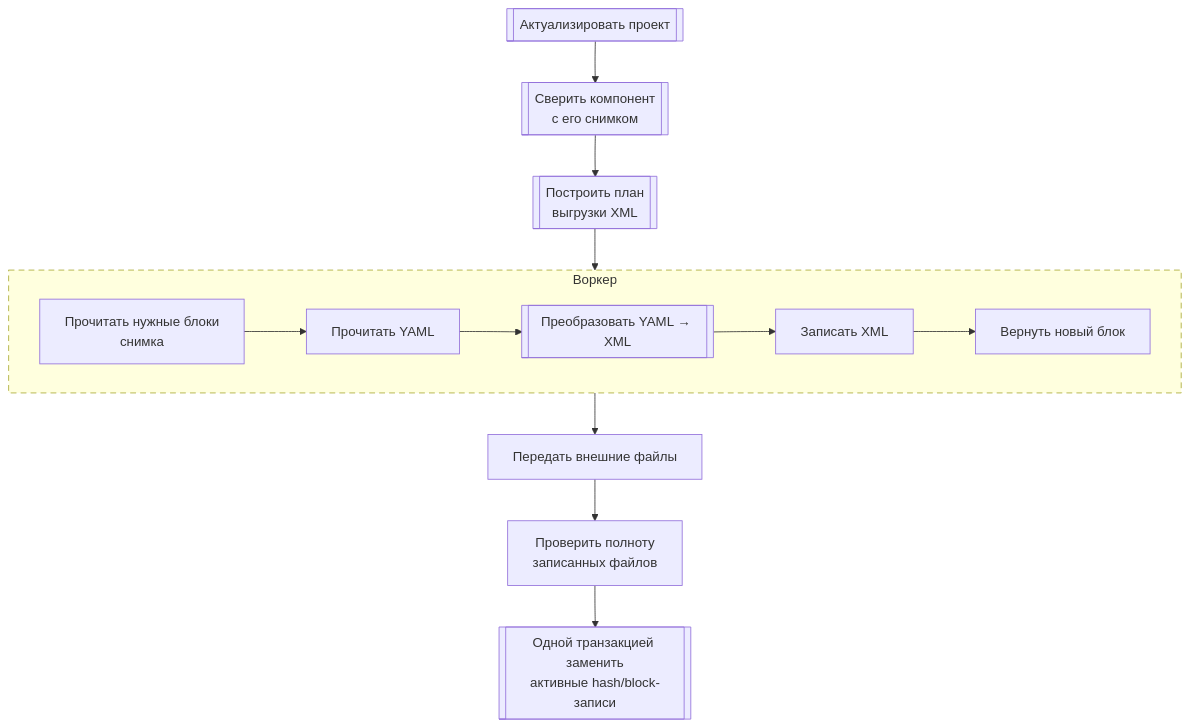
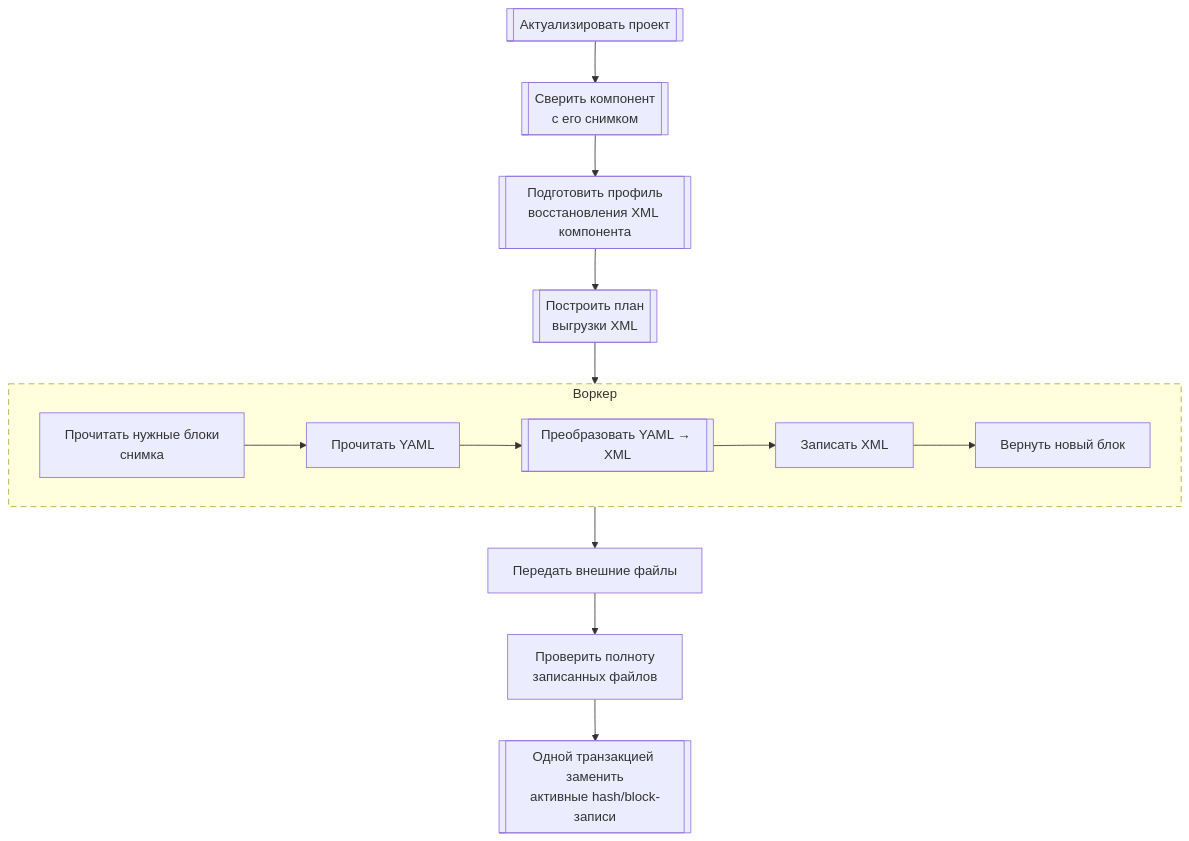
One commit to crimsongoldteam/nkdk changed the ninth of 12 diagrams in .agents/architecture.md. Above: the diagram before and after it, drawn with Mermaid. The commit also changed other lines of this file and 1 other file, not shown here.

First line of the commit message:
docs: :memo: описать общий профиль восстановления XML

````diff
--- a/.agents/architecture.md
+++ b/.agents/architecture.md
@@ -290,18 +317,19 @@
 ```mermaid
 flowchart TD
   validate[["Актуализировать проект"]]
   target[["Сверить компонент<br/>с его снимком"]]
+  profile[["Подготовить профиль<br/>восстановления XML компонента"]]
   plan[["Построить план<br/>выгрузки XML"]]
 
   subgraph fullSyncJob["Воркер"]
     direction LR
     readBlocks["Прочитать нужные блоки<br/>снимка"] --> readYaml["Прочитать YAML"] --> toXml[["Преобразовать YAML → XML"]] --> writeXml["Записать XML"] --> fragment["Вернуть новый блок"]
   end
 
   external["Передать внешние файлы"]
   check["Проверить полноту<br/>записанных файлов"]
   snapshot[["Одной транзакцией заменить<br/>активные hash/block-записи"]]
 
-  validate --> target --> plan --> fullSyncJob --> external --> check --> snapshot
+  validate --> target --> profile --> plan --> fullSyncJob --> external --> check --> snapshot
   style fullSyncJob stroke-dasharray: 7 5
 ```
````
